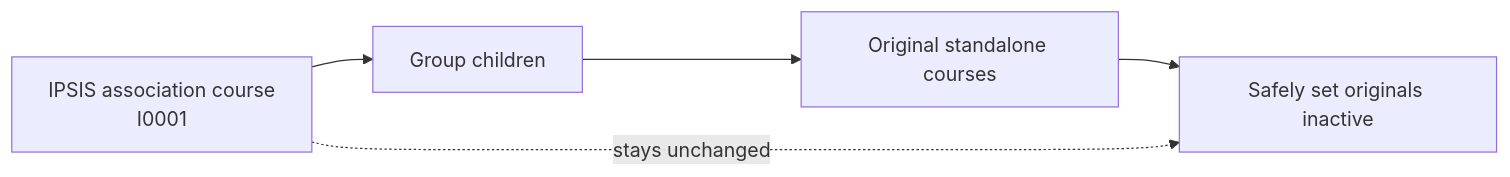
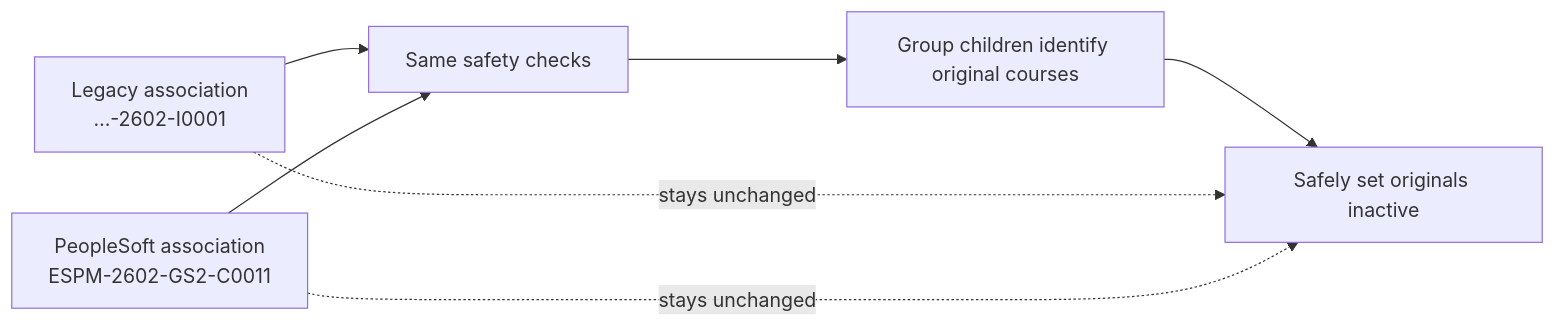
Before and after one commit to lmssandbox-dev/section-association-fix: the first of 3 diagrams in BEGINNERS_GUIDE.md, drawn with Mermaid. The commit also changed other lines of this file and 11 other files, not shown here.

````diff
--- a/BEGINNERS_GUIDE.md
+++ b/BEGINNERS_GUIDE.md
@@ -9,7 +9,9 @@
 ```mermaid
 flowchart LR
-  A[IPSIS association course<br/>I0001] --> B[Group children]
-  B --> C[Original standalone courses]
-  C --> D[Safely set originals inactive]
-  A -. stays unchanged .-> D
+  A[Legacy association<br/>…-2602-I0001] --> C[Same safety checks]
+  B[PeopleSoft association<br/>ESPM-2602-GS2-C0011] --> C
+  C --> D[Group children identify original courses]
+  D --> E[Safely set originals inactive]
+  A -. stays unchanged .-> E
+  B -. stays unchanged .-> E
 ```
````
